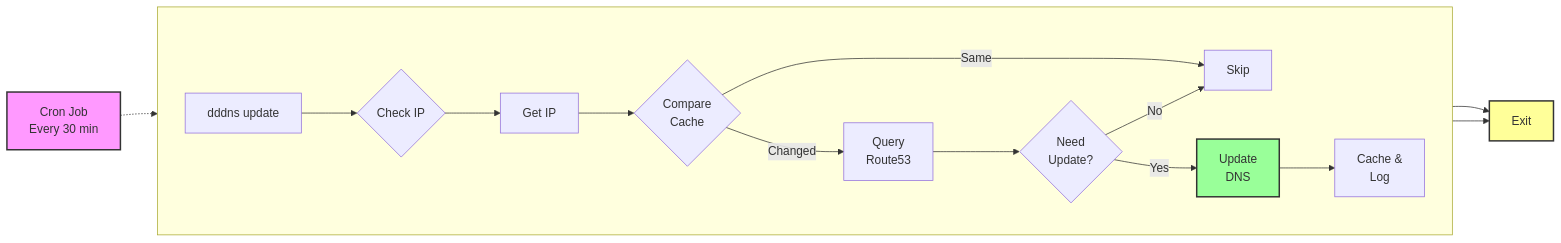
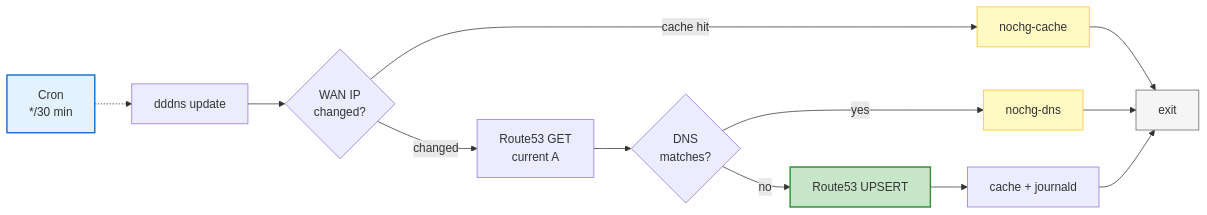
Before and after one commit to descoped/dddns: the first of 3 diagrams in README.md, drawn with Mermaid. The commit also changed other lines of this file, not shown here.

First line of the commit message:
docs(readme): replace single-cron flow diagram with all three modes

````diff
--- a/README.md
+++ b/README.md
@@ -174,28 +184,19 @@
 ```mermaid
 flowchart LR
-    A[Cron Job<br/>Every 30 min]:::start
-    A -.-> B
+    A[Cron<br/>*/30 min]:::start -.-> B[dddns update]
+    B --> C{WAN IP<br/>changed?}
+    C -->|cache hit| G[nochg-cache]:::skip
+    C -->|changed| F[Route53 GET<br/>current A]
+    F --> H{DNS<br/>matches?}
+    H -->|yes| J[nochg-dns]:::skip
+    H -->|no| I[Route53 UPSERT]:::update
+    I --> K[cache + journald]
+    G --> L[exit]:::exit
+    J --> L
+    K --> L
 
-    subgraph " "
-        direction LR
-        B[dddns update] --> C{Check IP}
-        C --> D[Get IP]
-        D --> E{Compare<br/>Cache}
-        E -->|Changed| F[Query<br/>Route53]
-        E -->|Same| G[Skip]
-        F --> H{Need<br/>Update?}
-        H -->|Yes| I[Update<br/>DNS]:::update
-        H -->|No| G
-        I --> J[Cache &<br/>Log]
-    end
-
-    J --> L[Exit]:::exit
-    G --> L
-
-    A ~~~ B
-    J ~~~ L
-
-    classDef start fill:#f9f,stroke:#333,stroke-width:2px
-    classDef update fill:#9f9,stroke:#333,stroke-width:2px
-    classDef exit fill:#ff9,stroke:#333,stroke-width:2px
+    classDef start fill:#e3f2fd,stroke:#1976d2,stroke-width:2px
+    classDef update fill:#c8e6c9,stroke:#388e3c,stroke-width:2px
+    classDef skip fill:#fff9c4,stroke:#fbc02d
+    classDef exit fill:#f5f5f5,stroke:#616161
 ```
````
